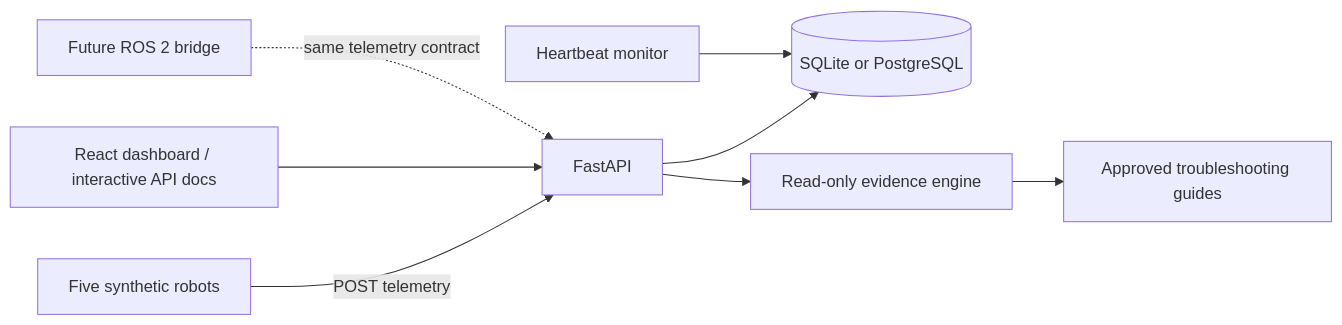
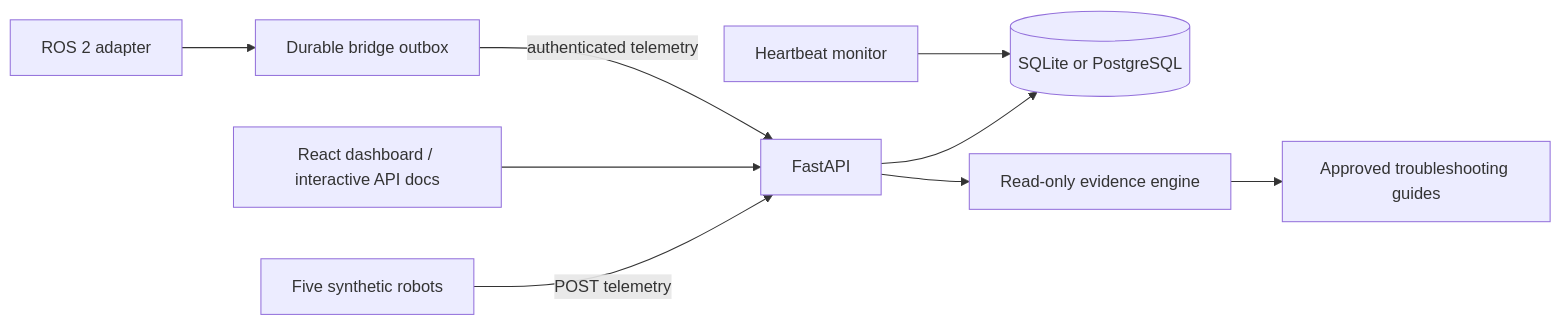
Before and after one commit to ParsaDj/ATLAS: the diagram in docs/architecture.md, drawn with Mermaid. The commit also changed other lines of this file and 18 other files, not shown here.

````diff
--- a/docs/architecture.md
+++ b/docs/architecture.md
@@ -3,10 +3,11 @@
 ```mermaid
 flowchart LR
   Simulator[Five synthetic robots] -->|POST telemetry| API[FastAPI]
   API --> DB[(SQLite or PostgreSQL)]
   API --> Investigator[Read-only evidence engine]
   Investigator --> Guides[Approved troubleshooting guides]
   Monitor[Heartbeat monitor] --> DB
   Operator[React dashboard / interactive API docs] --> API
-  Future[Future ROS 2 bridge] -. same telemetry contract .-> API
+  ROS[ROS 2 adapter] --> Outbox[Durable bridge outbox]
+  Outbox -->|authenticated telemetry| API
 ```
````
